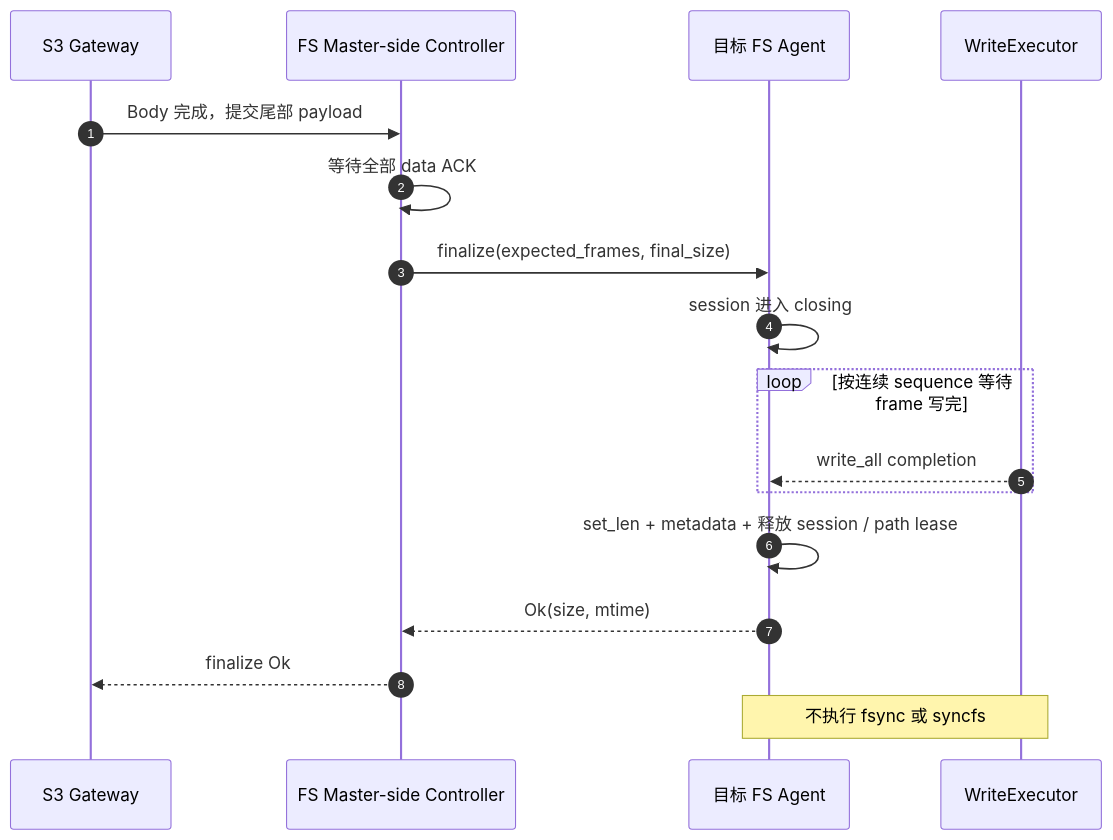
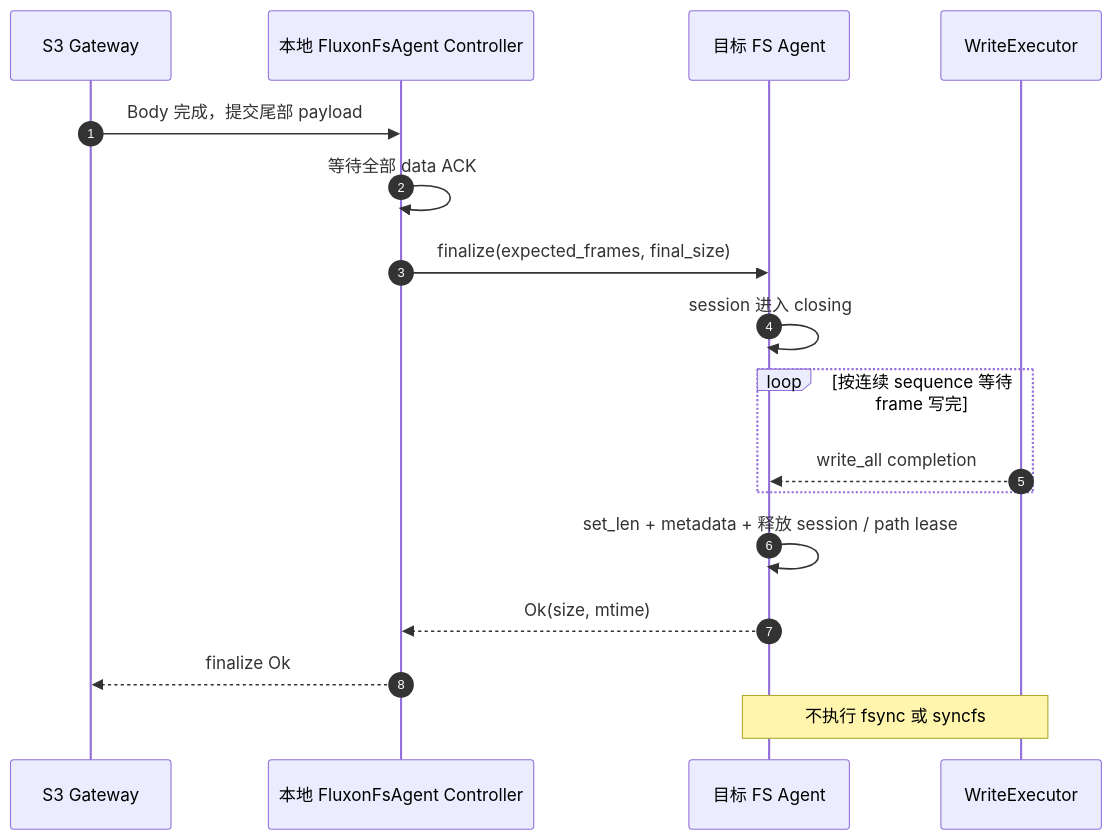
One commit to Tele-AI/Fluxon changed diagram 12 of 20 in fluxon_doc_cn/design/fs_s3_1_混合写入链路.md. Above: the diagram before and after it, drawn with Mermaid. The commit also changed other lines of this file and 6 other files, not shown here.

````diff
--- a/fluxon_doc_cn/design/fs_s3_1_混合写入链路.md
+++ b/fluxon_doc_cn/design/fs_s3_1_混合写入链路.md
@@ -526,20 +708,20 @@
 ```mermaid
 sequenceDiagram
     autonumber
     participant G as S3 Gateway
-    participant C as FS Master-side Controller
+    participant C as 本地 FluxonFsAgent Controller
     participant A as 目标 FS Agent
     participant W as WriteExecutor
 
     G->>C: Body 完成，提交尾部 payload
     C->>C: 等待全部 data ACK
     C->>A: finalize(expected_frames, final_size)
     A->>A: session 进入 closing
     loop 按连续 sequence 等待 frame 写完
         W-->>A: write_all completion
     end
     A->>A: set_len + metadata + 释放 session / path lease
     A-->>C: Ok(size, mtime)
     C-->>G: finalize Ok
     Note over A,W: 不执行 fsync 或 syncfs
 ```
````
